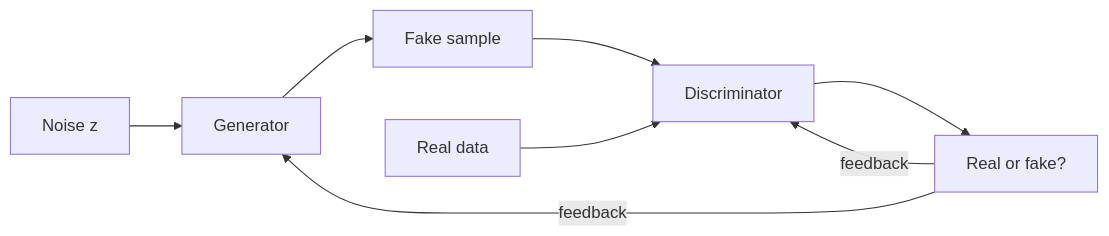
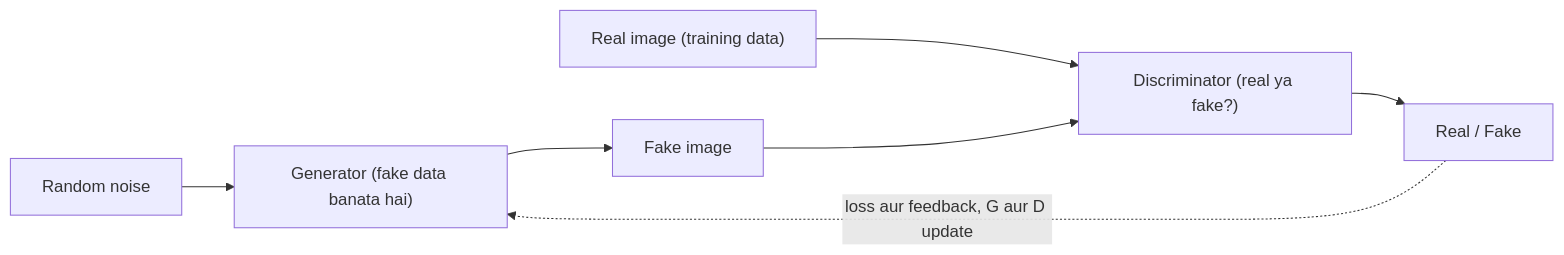
One commit to TrendySloth1001/sem-seven-notes changed the diagram in content/deep-learning/pyq/2024-05/q6b.hi.mdx. Above: the diagram before and after it, drawn with Mermaid. The commit also changed other lines of this file and 168 other files, not shown here.

Commit message:
Rewrite the Module 1, activation, loss and GAN notes and their 25 answers from the teachers' class files. They keep the teacher's definitions, use 80 of their figures with class-notes citations only, and fix the slide errors in the XOR, NAND, loss and KL formulas.

````diff
--- a/content/deep-learning/pyq/2024-05/q6b.hi.mdx
+++ b/content/deep-learning/pyq/2024-05/q6b.hi.mdx
@@ -19,11 +11,10 @@
 ```mermaid
-%% caption: Ek picture mein GAN. Noise generator mein jaata hai; discriminator real aur fake ko judge karta hai; uska feedback dono ko train karta hai.
+%% caption: GAN architecture. Discriminator generator ki fake image aur dataset ki real image dono dekhta hai.
 flowchart LR
-  Z["Noise z"] --> G["Generator"]
-  G --> F["Fake sample"]
-  R["Real data"] --> D["Discriminator"]
+  N["Random noise"] --> G["Generator (fake data banata hai)"]
+  G --> F["Fake image"]
+  R["Real image (training data)"] --> D["Discriminator (real ya fake?)"]
   F --> D
-  D --> P["Real or fake?"]
-  P -- "feedback" --> G
-  P -- "feedback" --> D
+  D --> O["Real / Fake"]
+  O -. "loss aur feedback, G aur D update" .-> G
 ```
````
